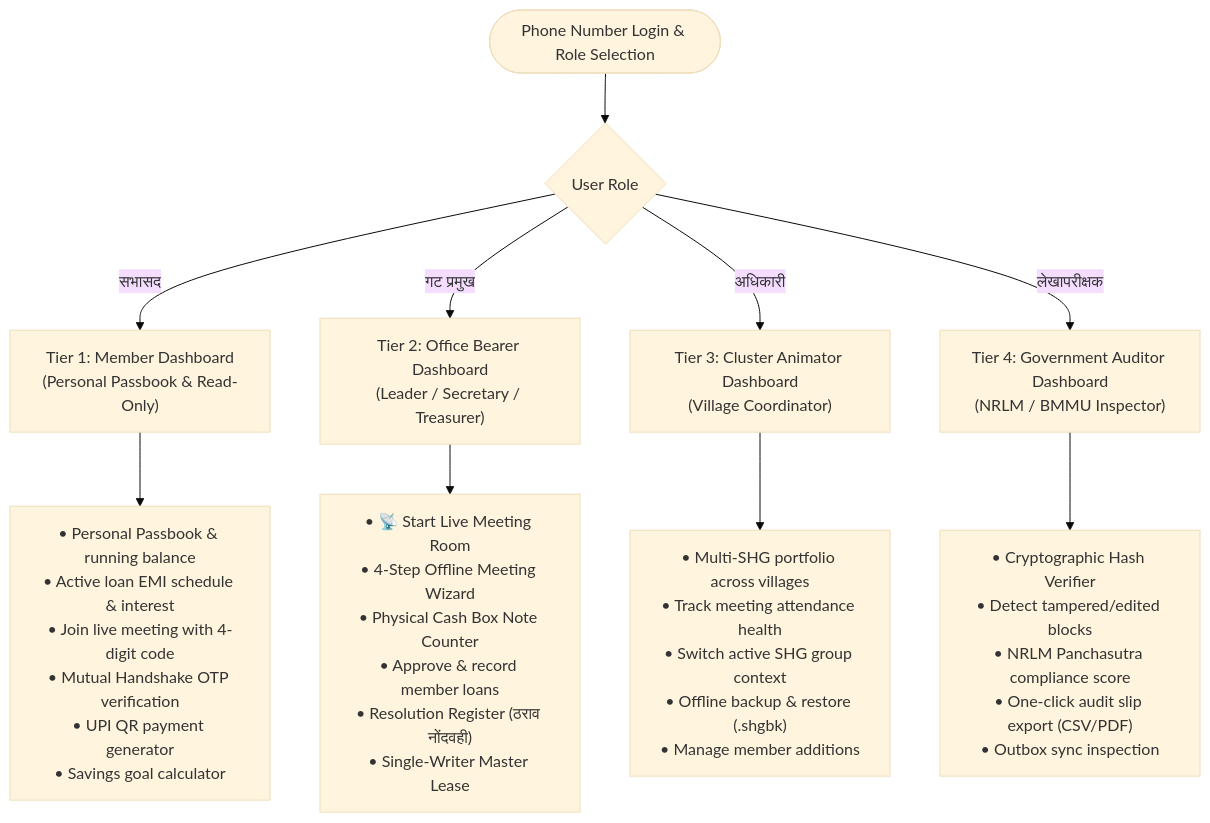
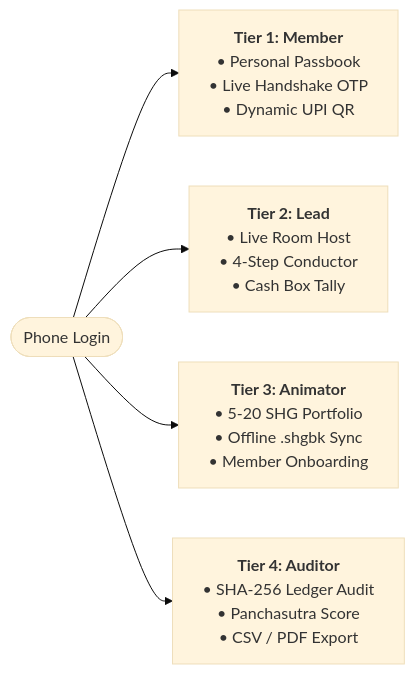
The first of 4 diagrams in README.md (AayushRahate07/shg-connect), drawn with Mermaid (base theme) before and after one commit. The commit also changed other lines of this file, not shown here.

````diff
--- a/README.md
+++ b/README.md
@@ -40,17 +40,7 @@
 ```mermaid
-graph TD
-    Login([Phone Number Login & Role Selection]) --> RoleSplit{User Role}
-
-    RoleSplit -->|सभासद| Tier1["Tier 1: Member Dashboard<br/>(Personal Passbook & Read-Only)"]
-    RoleSplit -->|गट प्रमुख| Tier2["Tier 2: Office Bearer Dashboard<br/>(Leader / Secretary / Treasurer)"]
-    RoleSplit -->|अधिकारी| Tier3["Tier 3: Cluster Animator Dashboard<br/>(Village Coordinator)"]
-    RoleSplit -->|लेखापरीक्षक| Tier4["Tier 4: Government Auditor Dashboard<br/>(NRLM / BMMU Inspector)"]
-
-    Tier1 --> T1_F["• Personal Passbook & running balance<br/>• Active loan EMI schedule & interest<br/>• Join live meeting with 4-digit code<br/>• Mutual Handshake OTP verification<br/>• UPI QR payment generator<br/>• Savings goal calculator"]
-
-    Tier2 --> T2_F["• 📡 Start Live Meeting Room<br/>• 4-Step Offline Meeting Wizard<br/>• Physical Cash Box Note Counter<br/>• Approve & record member loans<br/>• Resolution Register (ठराव नोंदवही)<br/>• Single-Writer Master Lease"]
-
-    Tier3 --> T3_F["• Multi-SHG portfolio across villages<br/>• Track meeting attendance health<br/>• Switch active SHG group context<br/>• Offline backup & restore (.shgbk)<br/>• Manage member additions"]
-
-    Tier4 --> T4_F["• Cryptographic Hash Verifier<br/>• Detect tampered/edited blocks<br/>• NRLM Panchasutra compliance score<br/>• One-click audit slip export (CSV/PDF)<br/>• Outbox sync inspection"]
+graph LR
+    Auth([Phone Login]) --> T1["<b>Tier 1: Member</b><br/>• Personal Passbook<br/>• Live Handshake OTP<br/>• Dynamic UPI QR"]
+    Auth --> T2["<b>Tier 2: Lead</b><br/>• Live Room Host<br/>• 4-Step Conductor<br/>• Cash Box Tally"]
+    Auth --> T3["<b>Tier 3: Animator</b><br/>• 5-20 SHG Portfolio<br/>• Offline .shgbk Sync<br/>• Member Onboarding"]
+    Auth --> T4["<b>Tier 4: Auditor</b><br/>• SHA-256 Ledger Audit<br/>• Panchasutra Score<br/>• CSV / PDF Export"]
 ```
````
